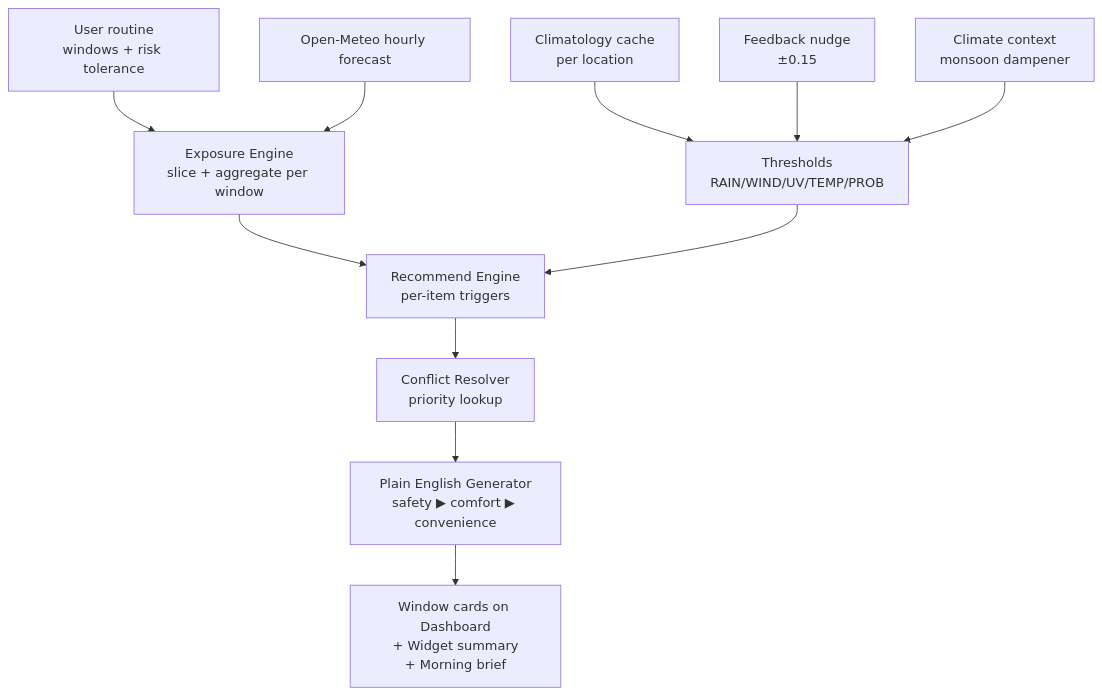
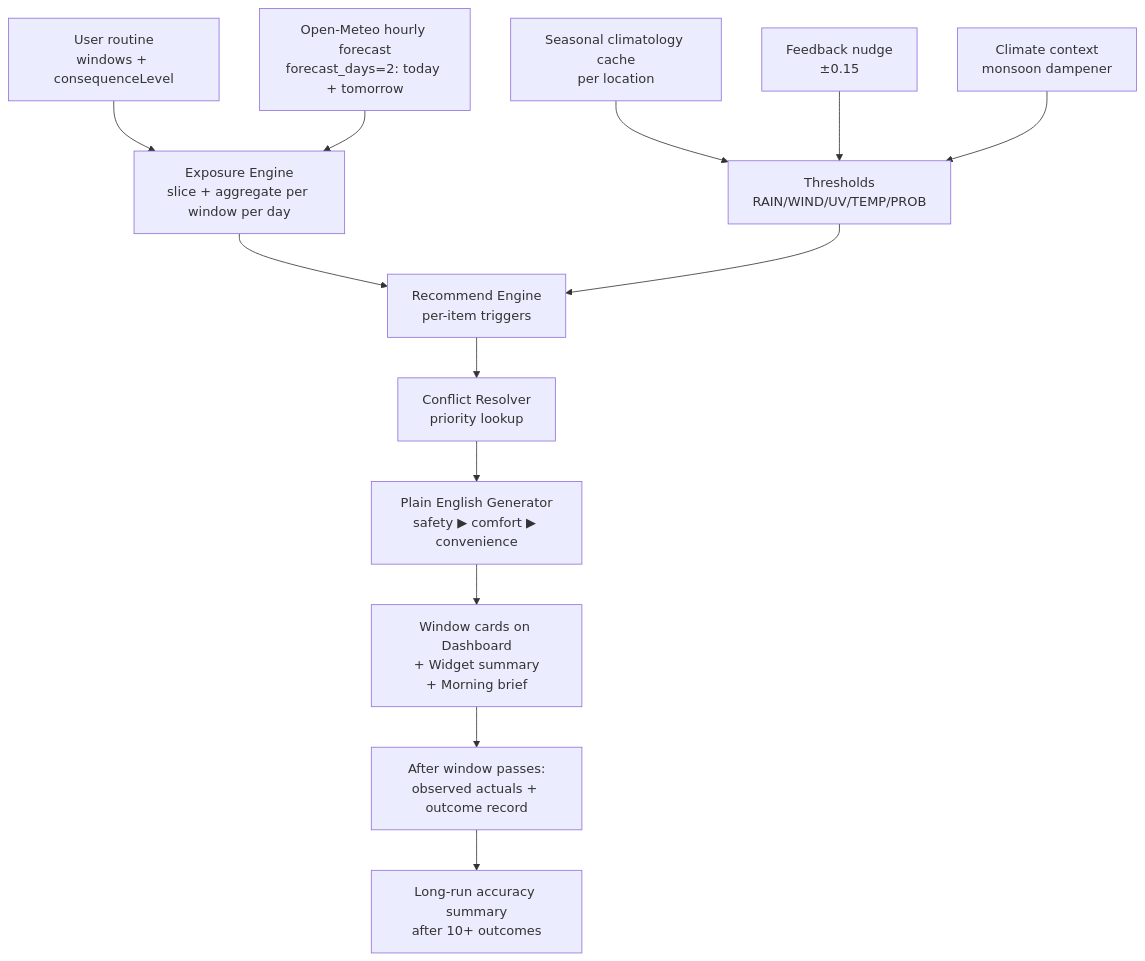
The first of 7 diagrams in docs/ALGORITHM_FLOW.md (meetsaiya/weather), drawn with Mermaid before and after one commit. The commit also changed other lines of this file and 2 other files, not shown here.

````diff
--- a/docs/ALGORITHM_FLOW.md
+++ b/docs/ALGORITHM_FLOW.md
@@ -11,15 +11,17 @@
 ```mermaid
 flowchart TD
-  A[User routine<br/>windows + risk tolerance] --> E
-  B[Open-Meteo hourly forecast] --> E
-  C[Climatology cache<br/>per location] --> T
+  A[User routine<br/>windows + consequenceLevel] --> E
+  B[Open-Meteo hourly forecast<br/>forecast_days=2: today + tomorrow] --> E
+  C[Seasonal climatology cache<br/>per location] --> T
   D[Feedback nudge<br/>±0.15] --> T
   X[Climate context<br/>monsoon dampener] --> T
 
-  E[Exposure Engine<br/>slice + aggregate per window]
+  E[Exposure Engine<br/>slice + aggregate per window per day]
   E --> R[Recommend Engine<br/>per-item triggers]
   T[Thresholds<br/>RAIN/WIND/UV/TEMP/PROB] --> R
   R --> C2[Conflict Resolver<br/>priority lookup]
   C2 --> P[Plain English Generator<br/>safety ▶ comfort ▶ convenience]
   P --> O[Window cards on Dashboard<br/>+ Widget summary<br/>+ Morning brief]
+  O --> F[After window passes:<br/>observed actuals + outcome record]
+  F --> AS[Long-run accuracy summary<br/>after 10+ outcomes]
 ```
````
